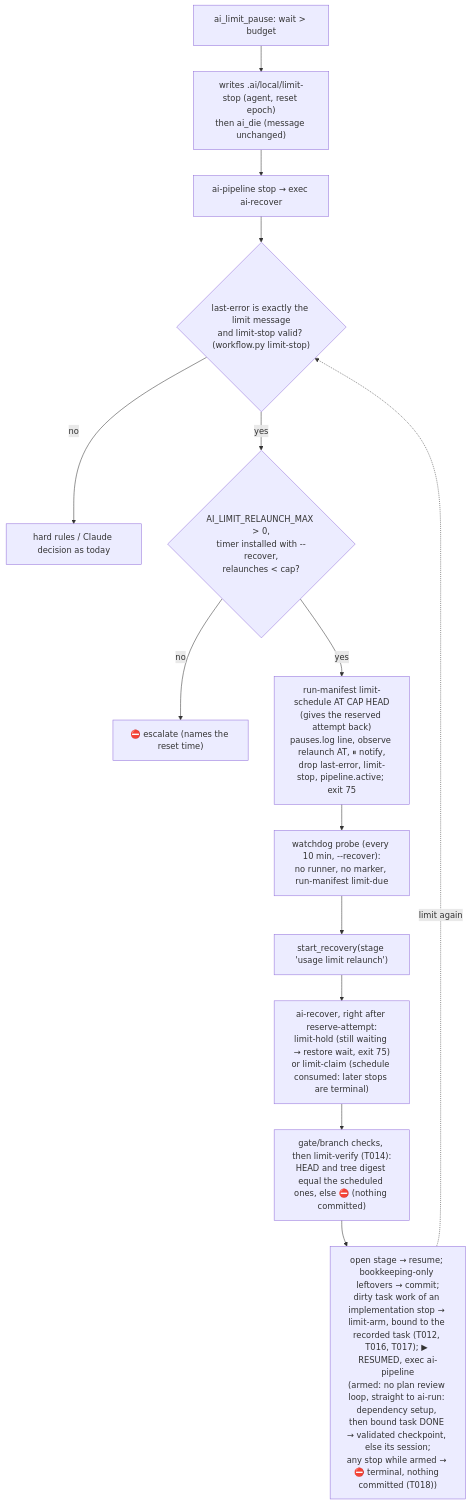
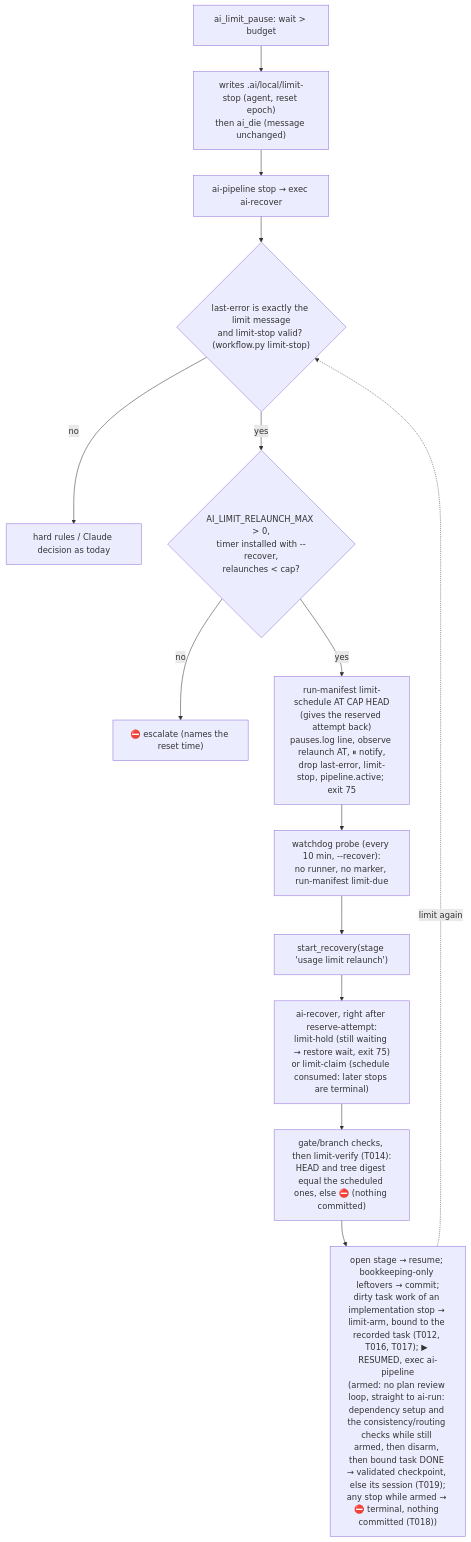
The diagram in .ai/current-plan.md (Muf454/agents), drawn with Mermaid before and after one commit. The commit also changed other lines of this file and 6 other files, not shown here.

````diff
--- a/.ai/current-plan.md
+++ b/.ai/current-plan.md
@@ -13,16 +13,16 @@
 ```mermaid
 flowchart TD
   pause["ai_limit_pause: wait > budget"] --> rec["writes .ai/local/limit-stop (agent, reset epoch)<br/>then ai_die (message unchanged)"]
   rec --> stop["ai-pipeline stop → exec ai-recover"]
   stop --> only{"last-error is exactly the limit message<br/>and limit-stop valid? (workflow.py limit-stop)"}
   only -- no --> rules["hard rules / Claude decision as today"]
   only -- yes --> cap{"AI_LIMIT_RELAUNCH_MAX > 0,<br/>timer installed with --recover,<br/>relaunches < cap?"}
   cap -- no --> esc["⛔ escalate (names the reset time)"]
   cap -- yes --> sched["run-manifest limit-schedule AT CAP HEAD<br/>(gives the reserved attempt back)<br/>pauses.log line, observe relaunch AT, ⏸ notify,<br/>drop last-error, limit-stop, pipeline.active; exit 75"]
   sched --> probe["watchdog probe (every 10 min, --recover):<br/>no runner, no marker, run-manifest limit-due"]
   probe --> launch["start_recovery(stage 'usage limit relaunch')"]
   launch --> claim["ai-recover, right after reserve-attempt:<br/>limit-hold (still waiting → restore wait, exit 75)<br/>or limit-claim (schedule consumed: later stops are terminal)"]
   claim --> verify["gate/branch checks, then limit-verify (T014):<br/>HEAD and tree digest equal the scheduled ones, else ⛔ (nothing committed)"]
-  verify --> due["open stage → resume; bookkeeping-only leftovers → commit;<br/>dirty task work of an implementation stop → limit-arm, bound to the recorded task (T012, T016, T017); ▶ RESUMED, exec ai-pipeline<br/>(armed: no plan review loop, straight to ai-run: dependency setup, then bound task DONE → validated checkpoint, else its session;<br/>any stop while armed → ⛔ terminal, nothing committed (T018))"]
+  verify --> due["open stage → resume; bookkeeping-only leftovers → commit;<br/>dirty task work of an implementation stop → limit-arm, bound to the recorded task (T012, T016, T017); ▶ RESUMED, exec ai-pipeline<br/>(armed: no plan review loop, straight to ai-run: dependency setup and the consistency/routing checks while still armed, then disarm, then bound task DONE → validated checkpoint, else its session (T019);<br/>any stop while armed → ⛔ terminal, nothing committed (T018))"]
   due -. "limit again" .-> only
 ```
````
